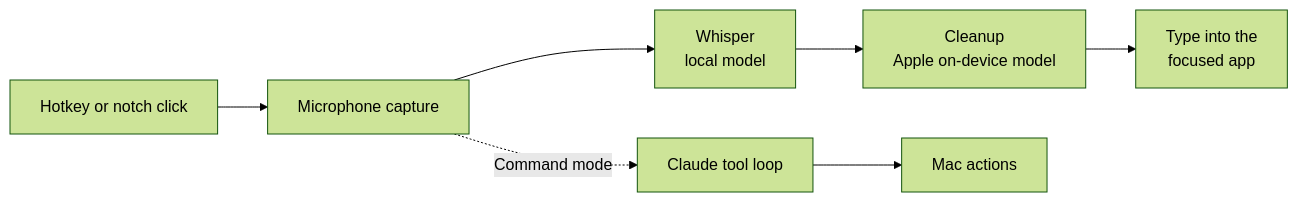
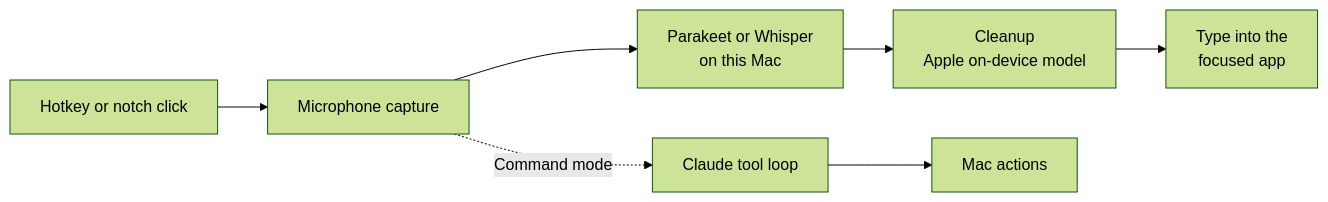
The diagram in README.md (rajatjc/utter), drawn with Mermaid (forest theme) before and after one commit. The commit also changed other lines of this file and 53 other files, not shown here.

````diff
--- a/README.md
+++ b/README.md
@@ -66,8 +69,8 @@
 ```mermaid
 flowchart LR
     K[Hotkey or notch click] --> M[Microphone capture]
-    M --> W[Whisper<br/>local model]
+    M --> W[Parakeet or Whisper<br/>on this Mac]
     W --> C[Cleanup<br/>Apple on-device model]
     C --> I[Type into the<br/>focused app]
     M -. Command mode .-> A[Claude tool loop] --> X[Mac actions]
 ```
````
